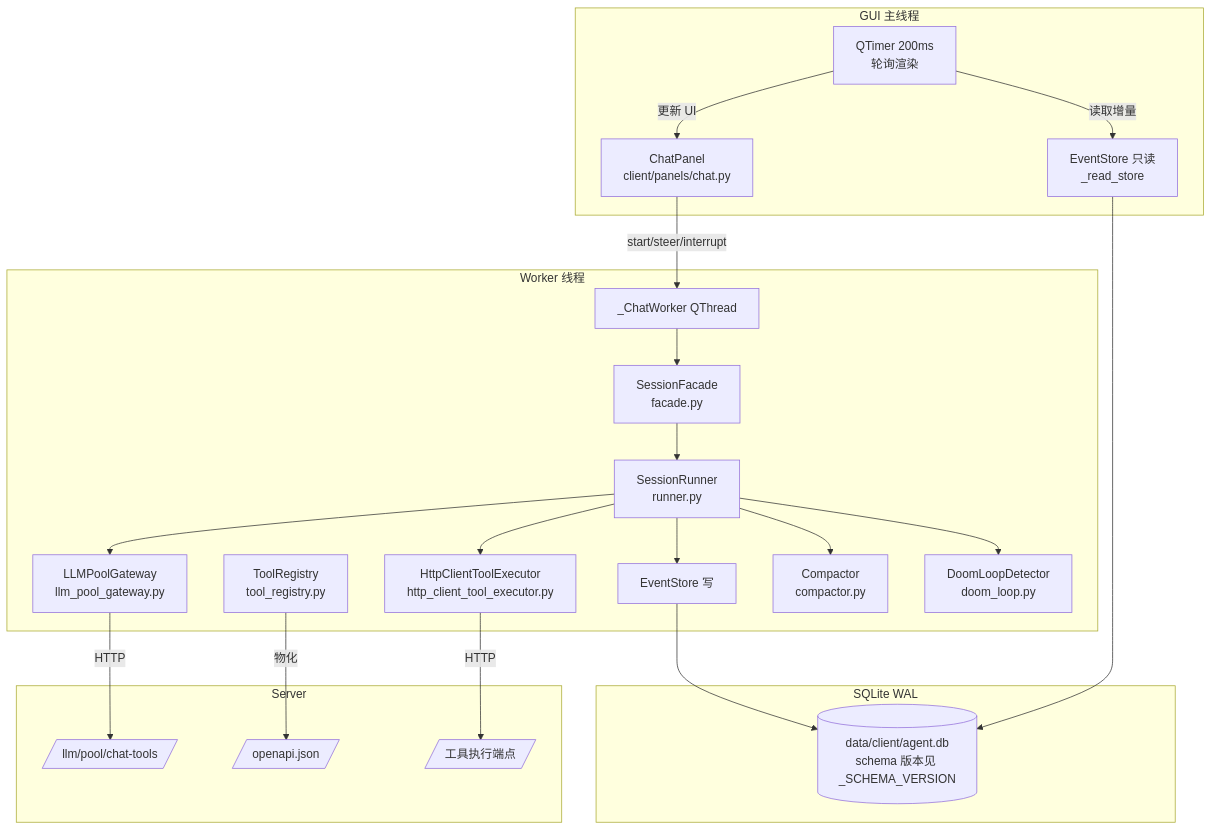
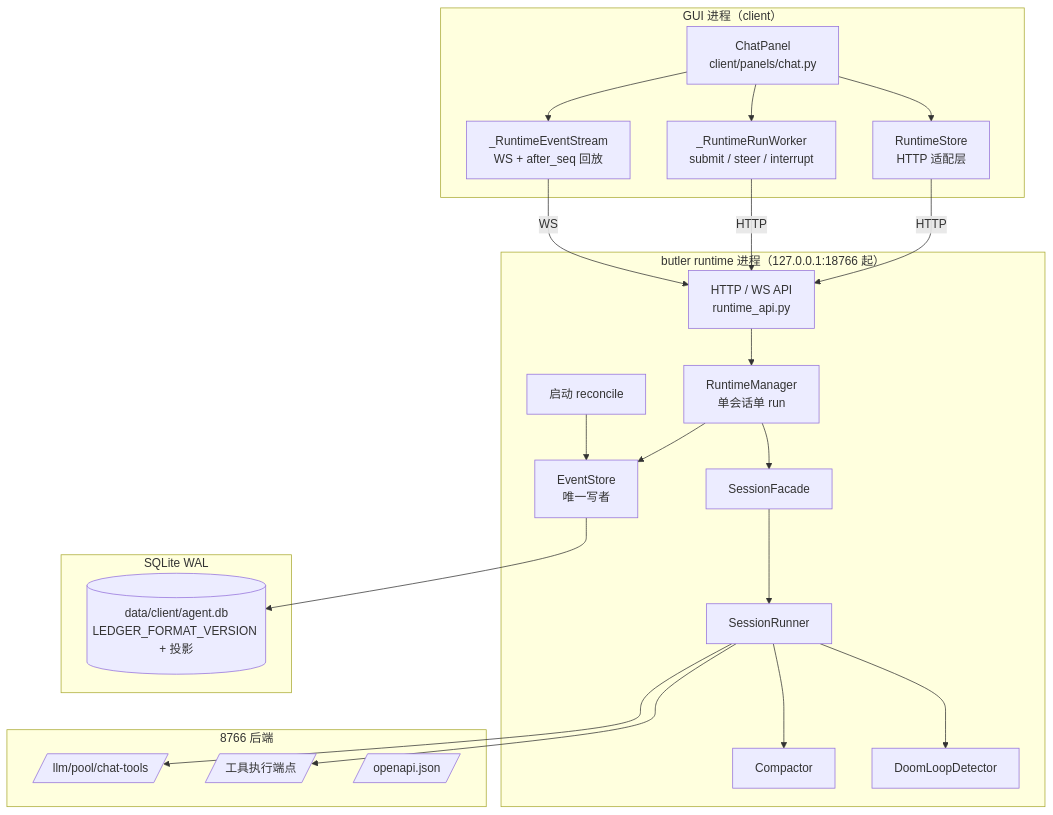
One commit to Stargazed-Dreamer/Parcae changed the diagram in docs/chat-engine.md. Above: the diagram before and after it, drawn with Mermaid. The commit also changed other lines of this file and 602 other files, not shown here.

````diff
--- a/docs/chat-engine.md
+++ b/docs/chat-engine.md
@@ -287,46 +310,45 @@
 ```mermaid
 flowchart TB
-    subgraph "GUI 主线程"
+    subgraph "GUI 进程（client）"
         ChatPanel[ChatPanel<br/>client/panels/chat.py]
-        ReadStore[EventStore 只读<br/>_read_store]
-        PollTimer[QTimer 200ms<br/>轮询渲染]
+        RuntimeStore[RuntimeStore<br/>HTTP 适配层]
+        EventStream[_RuntimeEventStream<br/>WS + after_seq 回放]
+        RunWorker[_RuntimeRunWorker<br/>submit / steer / interrupt]
     end
 
-    subgraph "Worker 线程"
-        ChatWorker[_ChatWorker QThread]
-        Facade[SessionFacade<br/>facade.py]
-        Runner[SessionRunner<br/>runner.py]
-        WriteStore[EventStore 写]
-        LLMGateway[LLMPoolGateway<br/>llm_pool_gateway.py]
-        ToolRegistry[ToolRegistry<br/>tool_registry.py]
-        ToolExecutor[HttpClientToolExecutor<br/>http_client_tool_executor.py]
-        Compactor[Compactor<br/>compactor.py]
-        DoomLoop[DoomLoopDetector<br/>doom_loop.py]
+    subgraph "butler runtime 进程（127.0.0.1:18766 起）"
+        API[HTTP / WS API<br/>runtime_api.py]
+        Manager[RuntimeManager<br/>单会话单 run]
+        Facade[SessionFacade]
+        Runner[SessionRunner]
+        Compactor[Compactor]
+        DoomLoop[DoomLoopDetector]
+        Reconcile[启动 reconcile]
+        ReadStore[EventStore<br/>唯一写者]
     end
 
     subgraph "SQLite WAL"
-        DB[(data/client/agent.db<br/>schema 版本见 _SCHEMA_VERSION)]
+        DB[(data/client/agent.db<br/>LEDGER_FORMAT_VERSION + 投影)]
     end
 
-    subgraph "Server"
+    subgraph "8766 后端"
         LLMPool[/llm/pool/chat-tools/]
+        ToolEndpoints[/工具执行端点/]
         OpenAPI[/openapi.json/]
-        ToolEndpoints[/工具执行端点/]
     end
 
-    ChatPanel -->|start/steer/interrupt| ChatWorker
-    ChatWorker --> Facade
-    Facade --> Runner
-    Runner --> LLMGateway
-    Runner --> ToolExecutor
+    ChatPanel --> RuntimeStore
+    ChatPanel --> EventStream
+    ChatPanel --> RunWorker
+    RuntimeStore -->|HTTP| API
+    RunWorker -->|HTTP| API
+    EventStream -->|WS| API
+    API --> Manager --> Facade --> Runner
     Runner --> Compactor
     Runner --> DoomLoop
-    Runner --> WriteStore
-    LLMGateway -->|HTTP| LLMPool
-    ToolRegistry -->|物化| OpenAPI
-    ToolExecutor -->|HTTP| ToolEndpoints
-    WriteStore --> DB
+    Runner --> LLMPool
+    Runner --> ToolEndpoints
+    Manager --> ReadStore
+    Reconcile --> ReadStore
     ReadStore --> DB
-    PollTimer -->|读取增量| ReadStore
-    PollTimer -->|更新 UI| ChatPanel
 ```
````
